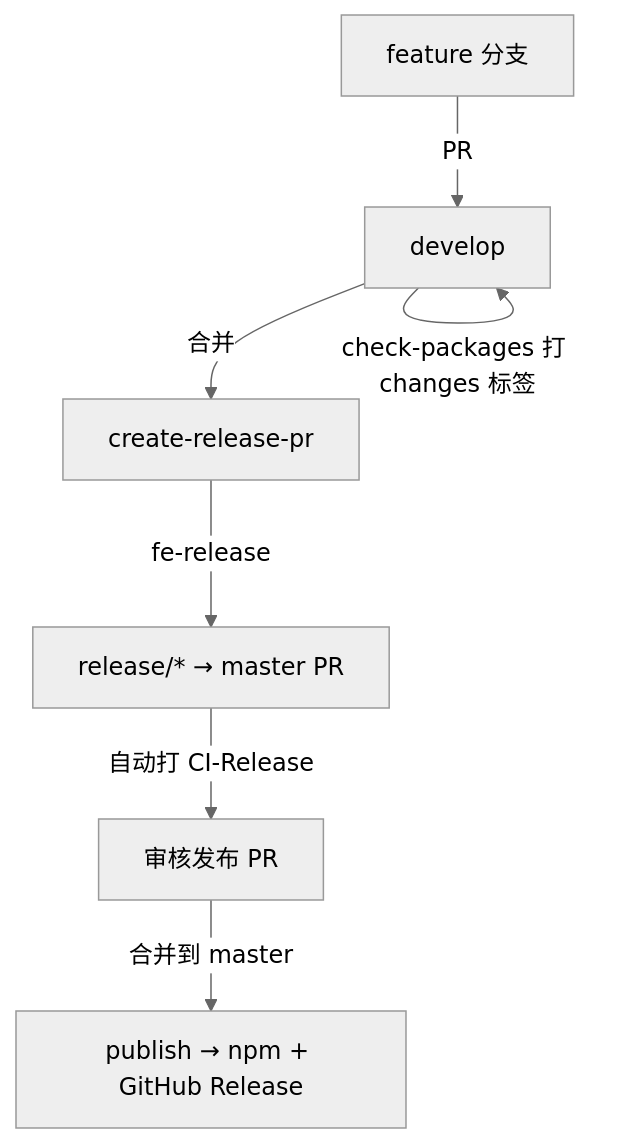
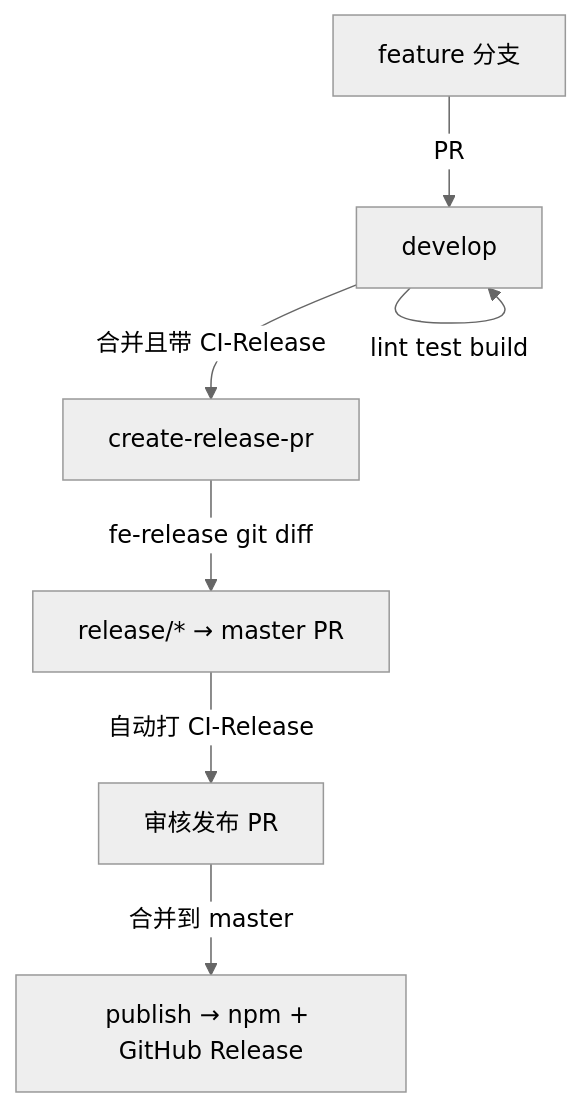
The diagram in packages/fe-release/README.md (qlover/fe-base), drawn with Mermaid (neutral theme) before and after one commit. The commit also changed other lines of this file and 7 other files, not shown here.

````diff
--- a/packages/fe-release/README.md
+++ b/packages/fe-release/README.md
@@ -227,9 +220,9 @@
 ```mermaid
 graph TD
     A[feature 分支] -->|PR| B[develop]
-    B -->|check-packages 打 changes 标签| B
-    B -->|合并| C[create-release-pr]
-    C -->|fe-release| D[release/* → master PR]
+    B -->|lint test build| B
+    B -->|合并且带 CI-Release| C[create-release-pr]
+    C -->|fe-release git diff| D[release/* → master PR]
     D -->|自动打 CI-Release| E[审核发布 PR]
     E -->|合并到 master| F[publish → npm + GitHub Release]
 ```
````
